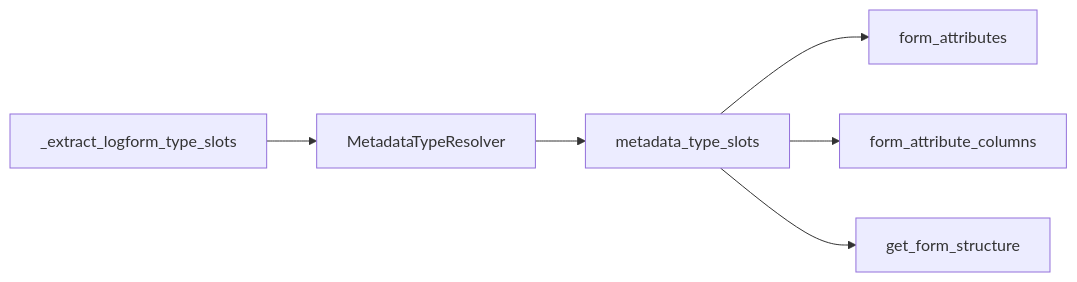
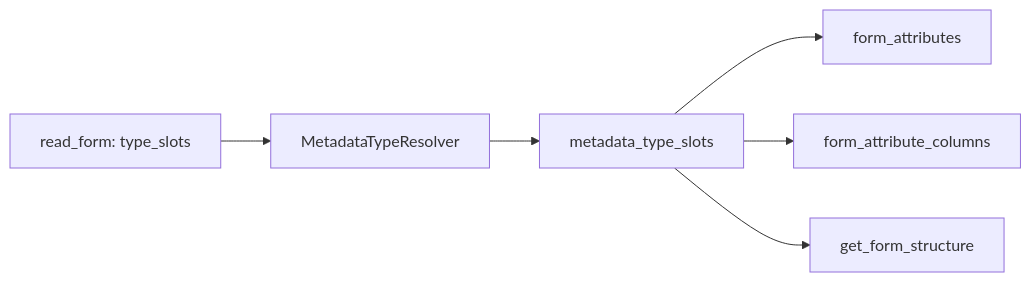
The diagram in docs/form-type-system.md (ai6i4yvu6147-coder/1c-config-mcp-server), drawn with Mermaid before and after one commit. The commit also changed other lines of this file and 18 other files, not shown here.

````diff
--- a/docs/form-type-system.md
+++ b/docs/form-type-system.md
@@ -19,8 +25,8 @@
 ```mermaid
 flowchart LR
-  LogformParser[_extract_logform_type_slots] --> Resolver[MetadataTypeResolver]
+  LogformEngine[read_form: type_slots] --> Resolver[MetadataTypeResolver]
   Resolver --> MTS[metadata_type_slots]
   MTS --> FA[form_attributes]
   MTS --> FAC[form_attribute_columns]
   MTS --> Tools[get_form_structure]
 ```
````
